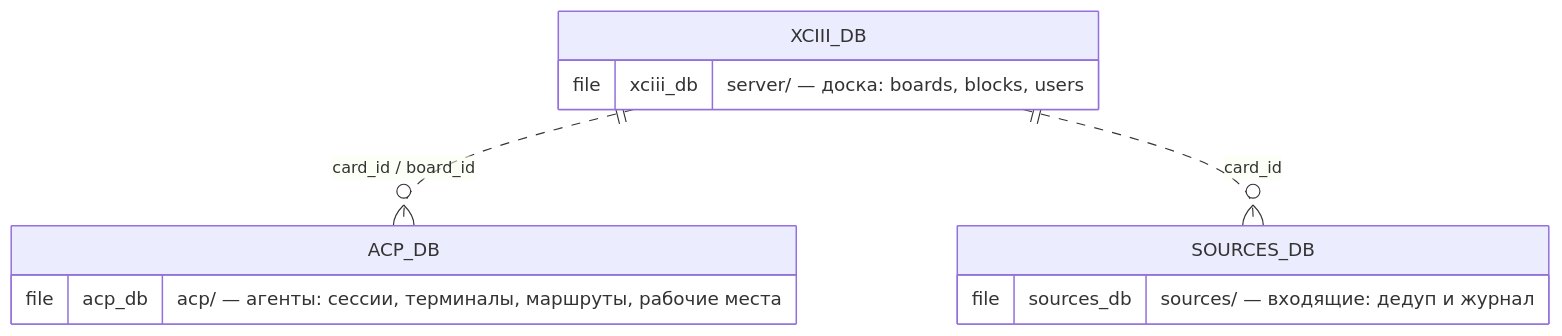
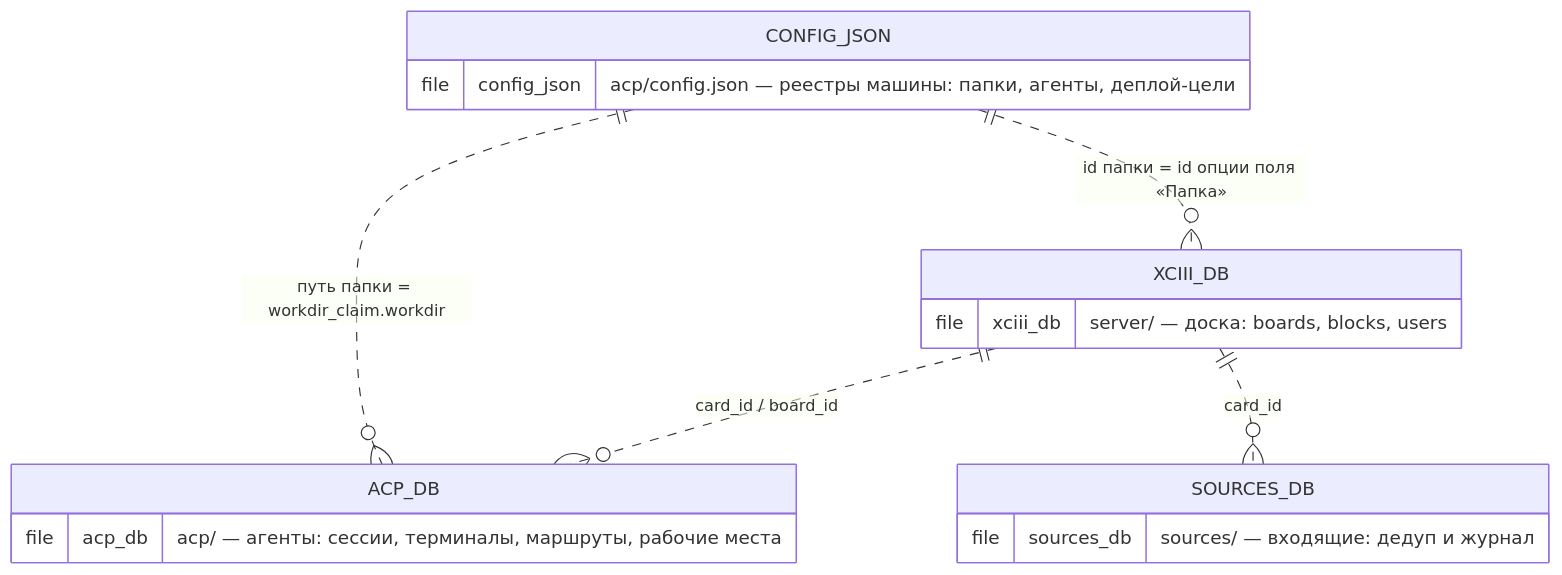
The first of 4 diagrams in docs/db-erd.md (artipop/xciii), drawn with Mermaid before and after one commit. The commit also changed other lines of this file and 1 other file, not shown here.

````diff
--- a/docs/db-erd.md
+++ b/docs/db-erd.md
@@ -15,14 +15,19 @@
 ```mermaid
 erDiagram
     XCIII_DB ||..o{ ACP_DB : "card_id / board_id"
     XCIII_DB ||..o{ SOURCES_DB : "card_id"
+    CONFIG_JSON ||..o{ XCIII_DB : "id папки = id опции поля «Папка»"
+    CONFIG_JSON ||..o{ ACP_DB : "путь папки = workdir_claim.workdir"
     XCIII_DB {
         file xciii_db "server/ — доска: boards, blocks, users"
     }
     ACP_DB {
         file acp_db "acp/ — агенты: сессии, терминалы, маршруты, рабочие места"
     }
     SOURCES_DB {
         file sources_db "sources/ — входящие: дедуп и журнал"
     }
+    CONFIG_JSON {
+        file config_json "acp/config.json — реестры машины: папки, агенты, деплой-цели"
+    }
 ```
````
